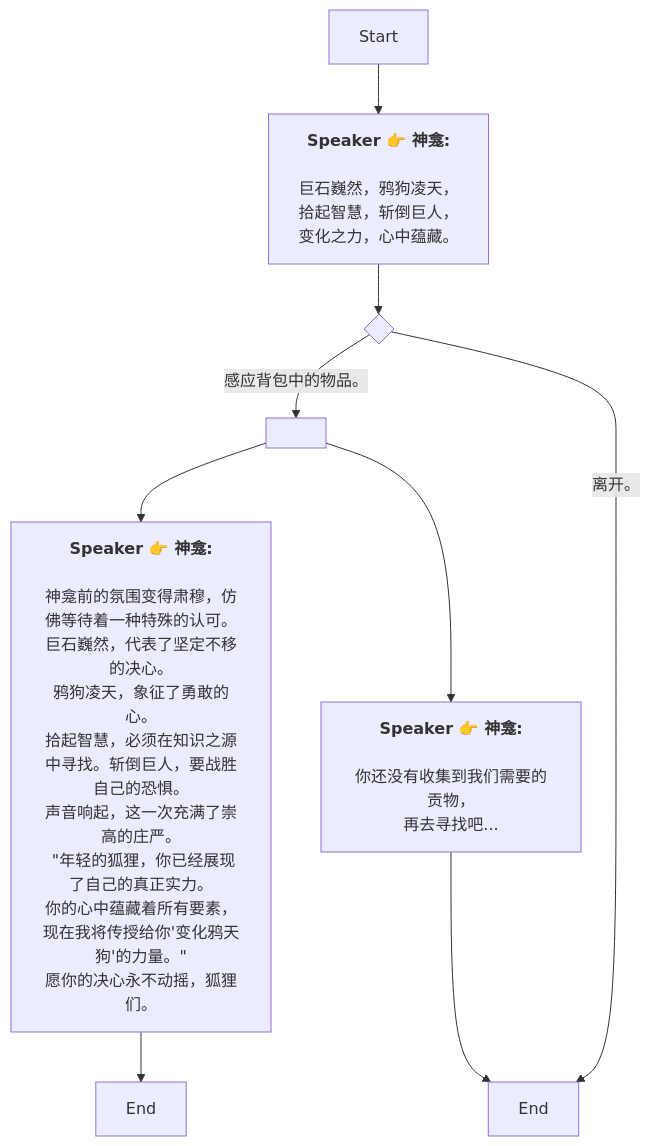
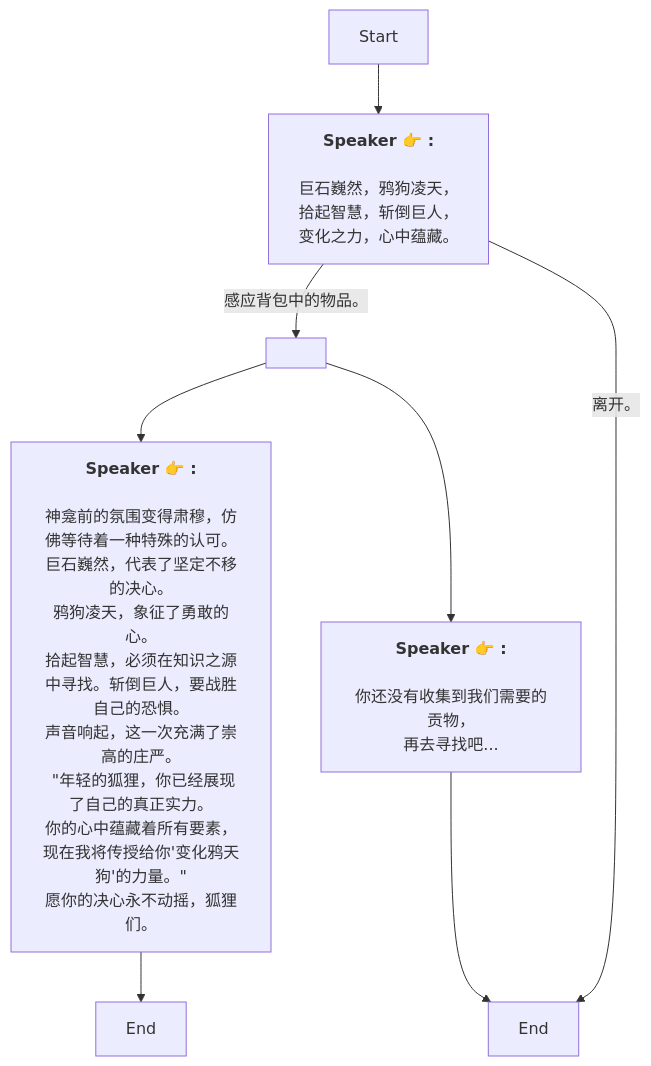
One commit to SoftHu/tos_avg changed the diagram in Zh/AddDialogNode_1738975568286017.md. Above: the diagram before and after it, drawn with Mermaid. The commit also changed 737 other files, not shown here.

````diff
--- a/Zh/AddDialogNode_1738975568286017.md
+++ b/Zh/AddDialogNode_1738975568286017.md
@@ -1,28 +1,21 @@
 ```mermaid
 graph
-Start -->1738975602819396[<b>Speaker 👉 神龛:</b>
-
-巨石巍然，鸦狗凌天，
+Start -->1738975602819396[<b>Speaker 👉 :</b>
+\n巨石巍然，鸦狗凌天，
 拾起智慧，斩倒巨人，
 变化之力，心中蕴藏。]
-1738975602819396 -->1738975641573701{ }
-1738975641573701 -->|感应背包中的物品。|1738975698541899[ ]
-1738975641573701 -->|离开。|1738975792784718[End]
-1738975698541899 -->1738975713146188[<b>Speaker 👉 神龛:</b>
-
-神龛前的氛围变得肃穆，仿佛等待着一种特殊的认可。
-巨石巍然，代表了坚定不移的决心。
+1738975602819396 -->|感应背包中的物品。|1738975698541899[ ]
+1738975602819396 -->|离开。|1738975792784718[End]
+1738975698541899 -->1738975713146188[<b>Speaker 👉 :</b>
+\n神龛前的氛围变得肃穆，仿佛等待着一种特殊的认可。\n巨石巍然，代表了坚定不移的决心。
 鸦狗凌天，象征了勇敢的心。
-拾起智慧，必须在知识之源中寻找。斩倒巨人，要战胜自己的恐惧。
-声音响起，这一次充满了崇高的庄严。
+拾起智慧，必须在知识之源中寻找。斩倒巨人，要战胜自己的恐惧。\n声音响起，这一次充满了崇高的庄严。
  &quot;年轻的狐狸，你已经展现了自己的真正实力。
-你的心中蕴藏着所有要素，现在我将传授给你'变化鸦天狗'的力量。&quot;
-愿你的决心永不动摇，狐狸们。]
-1738975698541899 -->1738975756244301[<b>Speaker 👉 神龛:</b>
-
-你还没有收集到我们需要的贡物，
+你的心中蕴藏着所有要素，现在我将传授给你'变化鸦天狗'的力量。&quot;\n愿你的决心永不动摇，狐狸们。]
+1738975698541899 -->1738975756244301[<b>Speaker 👉 :</b>
+\n你还没有收集到我们需要的贡物，
 再去寻找吧...]
 1738975713146188 -->1738976137127247[End]
 1738975756244301 -->1738975792784718[End]
 
- ```
+```
````
